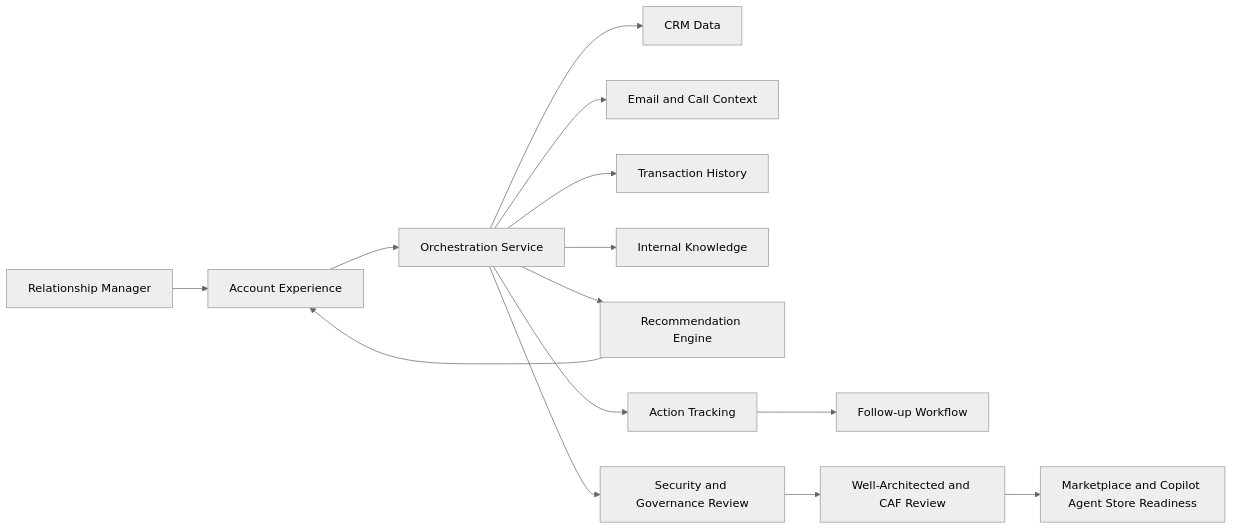
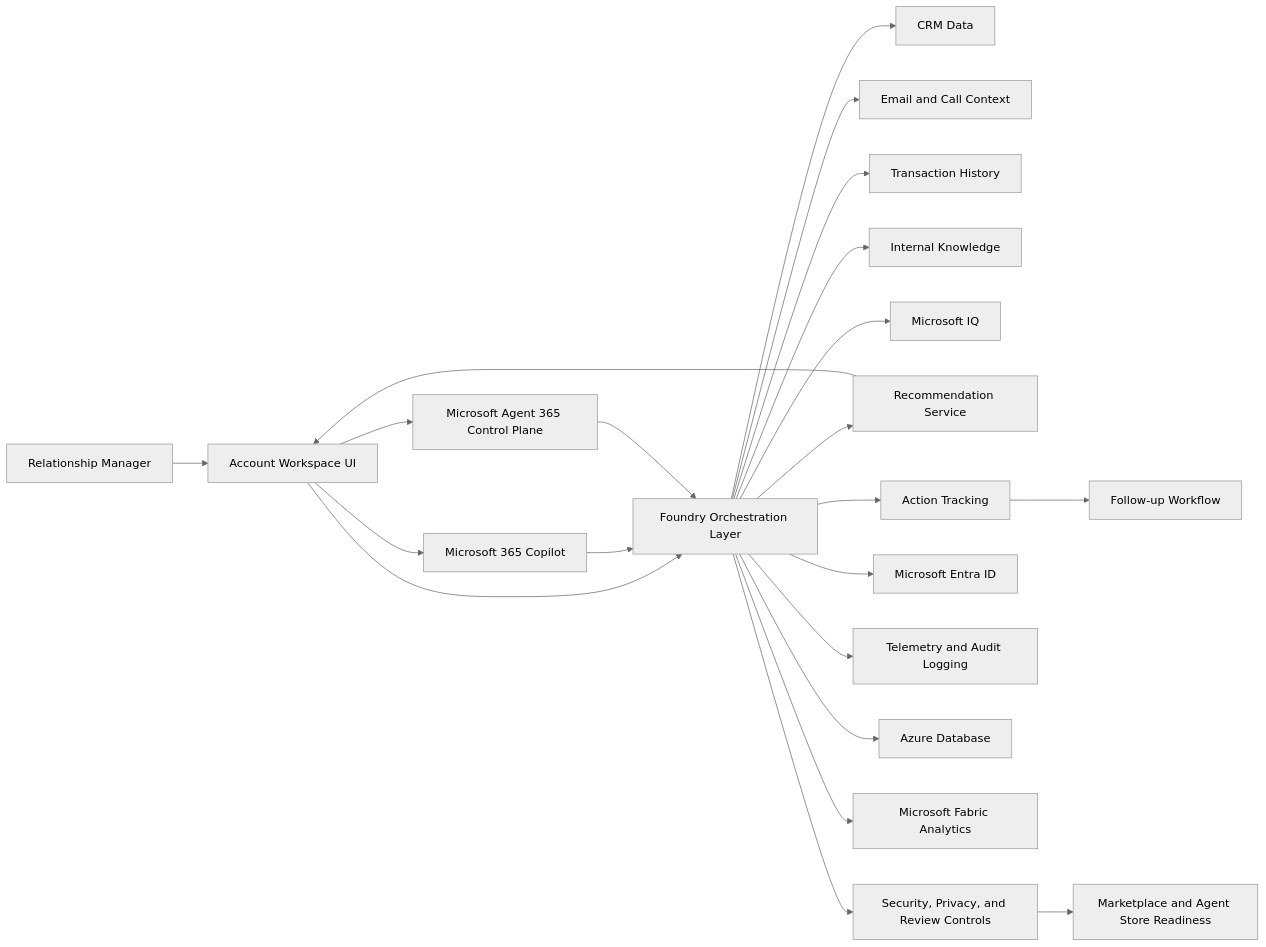
The diagram in docs/getting-started/samples/FSI/04-architecture.md (microsoft/hve-core), drawn with Mermaid (neutral theme) before and after one commit. The commit also changed other lines of this file and 9 other files, not shown here.

````diff
--- a/docs/getting-started/samples/FSI/04-architecture.md
+++ b/docs/getting-started/samples/FSI/04-architecture.md
@@ -38,16 +167,24 @@
 ```mermaid
 flowchart LR
-    User[Relationship Manager] --> UI[Account Experience]
-    UI --> Orchestrator[Orchestration Service]
+    User[Relationship Manager] --> UI[Account Workspace UI]
+    UI --> Copilot[Microsoft 365 Copilot]
+    UI --> AgentCP[Microsoft Agent 365 Control Plane]
+    UI --> Orchestrator[Foundry Orchestration Layer]
     Orchestrator --> CRM[CRM Data]
     Orchestrator --> Email[Email and Call Context]
     Orchestrator --> Txn[Transaction History]
     Orchestrator --> Knowledge[Internal Knowledge]
-    Orchestrator --> Insights[Recommendation Engine]
+    Orchestrator --> MIQ[Microsoft IQ]
+    Orchestrator --> Insights[Recommendation Service]
     Insights --> UI
     Orchestrator --> Actions[Action Tracking]
     Actions --> Workflow[Follow-up Workflow]
-    Orchestrator --> Governance[Security and Governance Review]
-    Governance --> CAF[Well-Architected and CAF Review]
-    CAF --> Publish[Marketplace and Copilot Agent Store Readiness]
+    Orchestrator --> Auth[Microsoft Entra ID]
+    Orchestrator --> Telemetry[Telemetry and Audit Logging]
+    Orchestrator --> DB[Azure Database]
+    Orchestrator --> Fabric[Microsoft Fabric Analytics]
+    Copilot --> Orchestrator
+    AgentCP --> Orchestrator
+    Orchestrator --> Governance[Security, Privacy, and Review Controls]
+    Governance --> Publish[Marketplace and Agent Store Readiness]
 ```
````
